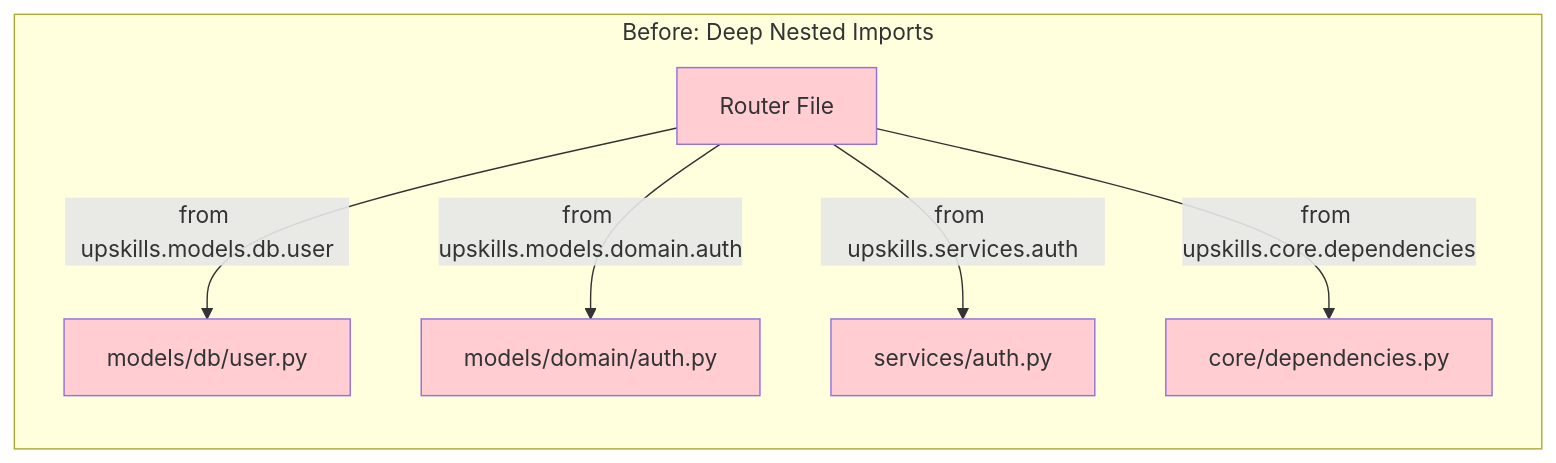
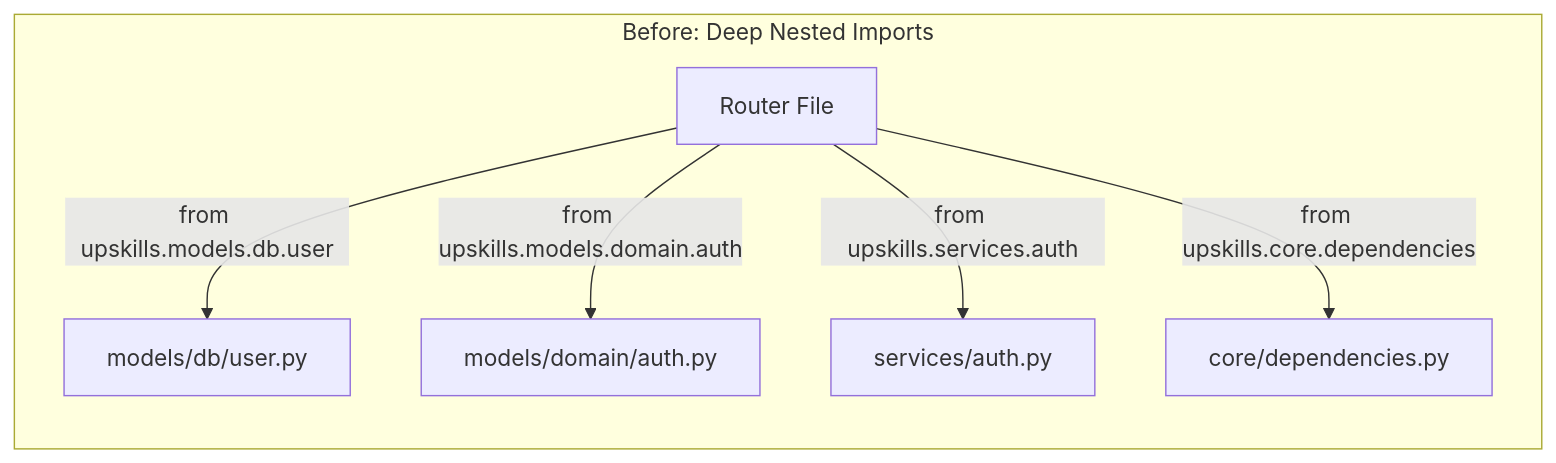
The second of 4 diagrams in docs/changes_from_refactor-session-management_to_simplify-imports.md (ELC/upskilling), drawn with Mermaid before and after one commit. The commit also changed other lines of this file, not shown here.

````diff
--- a/docs/changes_from_refactor-session-management_to_simplify-imports.md
+++ b/docs/changes_from_refactor-session-management_to_simplify-imports.md
@@ -79,15 +70,9 @@
 ```mermaid
 graph LR
     subgraph "Before: Deep Nested Imports"
         A1[Router File] -->|from upskills.models.db.user| B1[models/db/user.py]
         A1 -->|from upskills.models.domain.auth| C1[models/domain/auth.py]
         A1 -->|from upskills.services.auth| D1[services/auth.py]
         A1 -->|from upskills.core.dependencies| E1[core/dependencies.py]
     end
-    
-    style A1 fill:#ffcdd2
-    style B1 fill:#ffcdd2
-    style C1 fill:#ffcdd2
-    style D1 fill:#ffcdd2
-    style E1 fill:#ffcdd2
 ```
````
